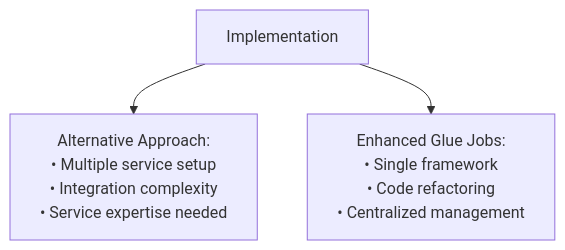
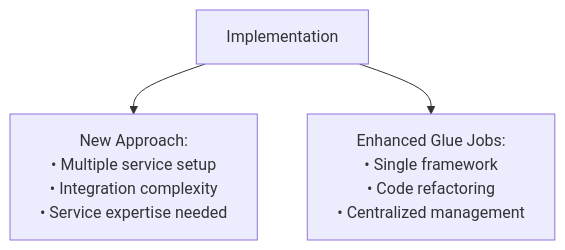
The ninth of 17 diagrams in mermaid.md (veronelazio/wezterm), drawn with Mermaid before and after one commit. The commit also changed other lines of this file, not shown here.

````diff
--- a/mermaid.md
+++ b/mermaid.md
@@ -96,5 +96,5 @@
 ```mermaid
 flowchart TD
-    G1["Implementation"] --> G2["Alternative Approach:<br/>• Multiple service setup<br/>• Integration complexity<br/>• Service expertise needed"]
+    G1["Implementation"] --> G2["New Approach:<br/>• Multiple service setup<br/>• Integration complexity<br/>• Service expertise needed"]
     G1 --> G3["Enhanced Glue Jobs:<br/>• Single framework<br/>• Code refactoring<br/>• Centralized management"]
 ```
````
